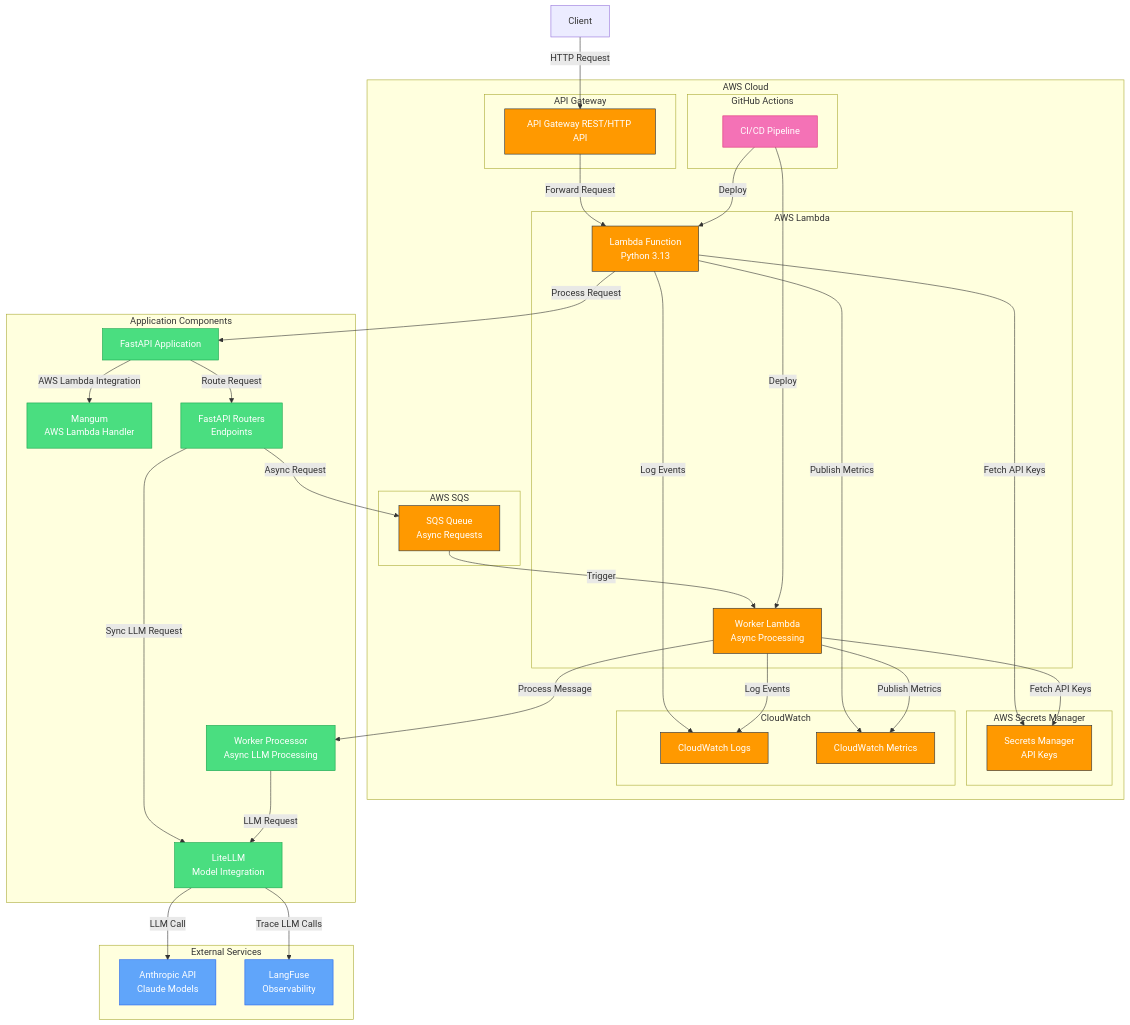
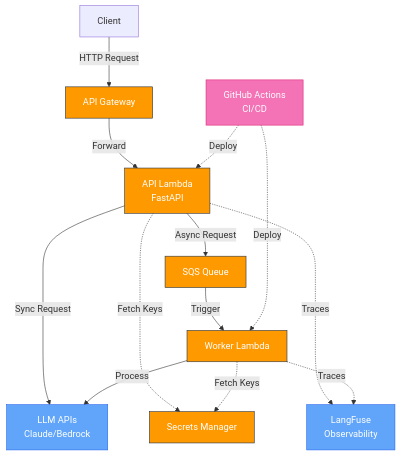
The diagram in README.md (yorrickjansen/gen-ai-on-aws), drawn with Mermaid before and after one commit. The commit also changed other lines of this file, not shown here.

Commit message:
Simplify README

````diff
--- a/README.md
+++ b/README.md
@@ -21,75 +21,38 @@
 ```mermaid
 graph TB
-    subgraph "AWS Cloud"
-        subgraph "API Gateway"
-            api[API Gateway REST/HTTP API]
-        end
-        
-        subgraph "AWS Lambda"
-            lambda[Lambda Function<br>Python 3.13]
-            worker[Worker Lambda<br>Async Processing]
-        end
-        
-        subgraph "AWS Secrets Manager"
-            secrets[Secrets Manager<br>API Keys]
-        end
-        
-        subgraph "AWS SQS"
-            sqs[SQS Queue<br>Async Requests]
-        end
-        
-        subgraph "CloudWatch"
-            logs[CloudWatch Logs]
-            metrics[CloudWatch Metrics]
-        end
-        
-        subgraph "GitHub Actions"
-            cicd[CI/CD Pipeline]
-        end
-        
-    end
+    %% Main components
+    client[Client]
+    api[API Gateway]
+    lambda[API Lambda<br>FastAPI]
+    worker[Worker Lambda]
+    sqs[SQS Queue]
+    secrets[Secrets Manager]
+    llm[LLM APIs<br>Claude/Bedrock]
+    observe[LangFuse<br>Observability]
+    cicd[GitHub Actions<br>CI/CD]
     
-    subgraph "External Services"
-        anthropic[Anthropic API<br>Claude Models]
-        langfuse[LangFuse<br>Observability]
-    end
+    %% Flow
+    client -->|HTTP Request| api
+    api -->|Forward| lambda
+    lambda -->|Sync Request| llm
+    lambda -->|Async Request| sqs
+    sqs -->|Trigger| worker
+    worker -->|Process| llm
     
-    subgraph "Application Components"
-        app[FastAPI Application]
-        litellm[LiteLLM<br>Model Integration]
-        mangum[Mangum<br>AWS Lambda Handler]
-        routers[FastAPI Routers<br>Endpoints]
-        processor[Worker Processor<br>Async LLM Processing]
-    end
+    %% Auxiliary connections
+    lambda -.->|Fetch Keys| secrets
+    worker -.->|Fetch Keys| secrets
+    lambda -.->|Traces| observe
+    worker -.->|Traces| observe
+    cicd -.->|Deploy| lambda
+    cicd -.->|Deploy| worker
     
-    client[Client] -->|HTTP Request| api
-    api -->|Forward Request| lambda
-    lambda -->|Log Events| logs
-    lambda -->|Process Request| app
-    app -->|Route Request| routers
-    routers -->|Sync LLM Request| litellm
-    routers -->|Async Request| sqs
-    sqs -->|Trigger| worker
-    worker -->|Process Message| processor
-    processor -->|LLM Request| litellm
-    litellm -->|LLM Call| anthropic
-    lambda -->|Fetch API Keys| secrets
-    worker -->|Fetch API Keys| secrets
-    litellm -->|Trace LLM Calls| langfuse
-    app -->|AWS Lambda Integration| mangum
-    lambda -->|Publish Metrics| metrics
-    worker -->|Publish Metrics| metrics
-    worker -->|Log Events| logs
-    cicd -->|Deploy| lambda
-    cicd -->|Deploy| worker
-    
+    %% Styling
     classDef aws fill:#FF9900,stroke:#232F3E,color:white;
     classDef ext fill:#60A5FA,stroke:#2563EB,color:white;
-    classDef app fill:#4ADE80,stroke:#16A34A,color:white;
     classDef cicd fill:#F472B6,stroke:#DB2777,color:white;
     
-    class api,lambda,worker,secrets,logs,metrics,sqs aws;
-    class anthropic,langfuse ext;
-    class app,litellm,mangum,routers,processor app;
+    class api,lambda,worker,sqs,secrets aws;
+    class llm,observe ext;
     class cicd cicd;
 ```
````
